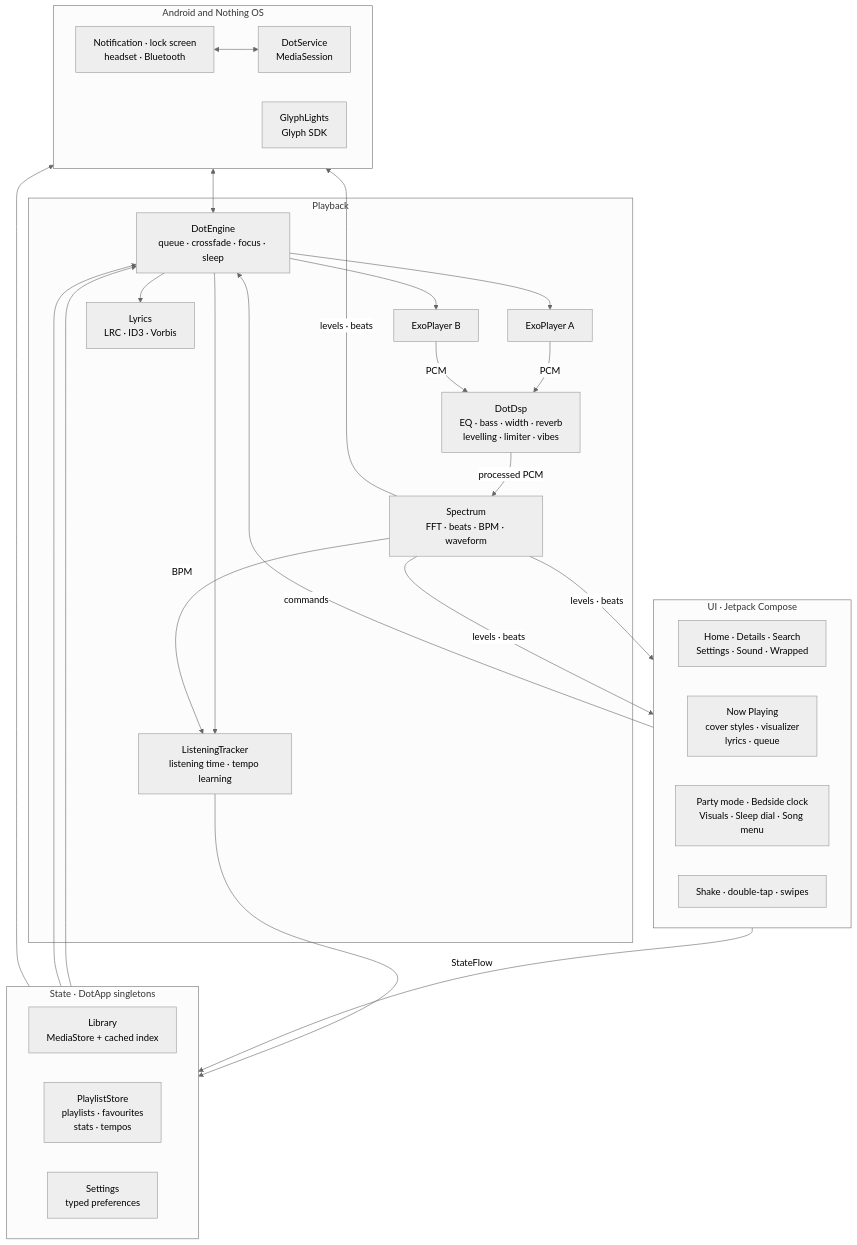
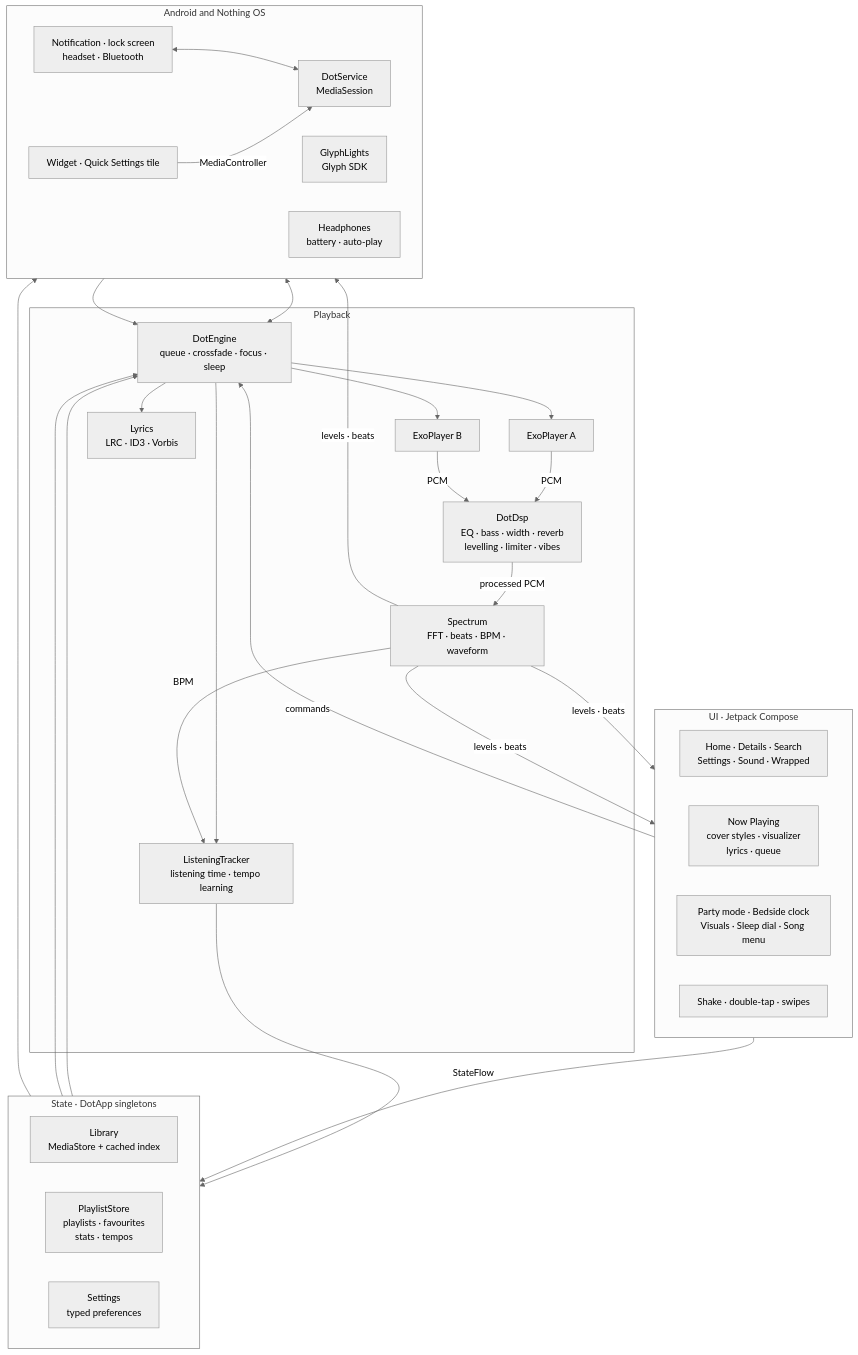
Before and after one commit to ShahadatTest/dot: the first of 6 diagrams in README.md, drawn with Mermaid (neutral theme). The commit also changed other lines of this file, not shown here.

Commit message:
update readme for balance, earphones, beat aligned blends, widget, tile and backup

````diff
--- a/README.md
+++ b/README.md
@@ -165,47 +181,51 @@
 ```mermaid
 flowchart TB
     subgraph UI["UI · Jetpack Compose"]
         direction LR
         Screens["Home · Details · Search<br/>Settings · Sound · Wrapped"]
         NP["Now Playing<br/>cover styles · visualizer<br/>lyrics · queue"]
         Overlays["Party mode · Bedside clock<br/>Visuals · Sleep dial · Song menu"]
         Gestures["Shake · double-tap · swipes"]
     end
 
     subgraph Core["State · DotApp singletons"]
         direction LR
         Library["Library<br/>MediaStore + cached index"]
         Store["PlaylistStore<br/>playlists · favourites<br/>stats · tempos"]
         Prefs["Settings<br/>typed preferences"]
     end
 
     subgraph Playback["Playback"]
         Engine["DotEngine<br/>queue · crossfade · focus · sleep"]
         Tracker["ListeningTracker<br/>listening time · tempo learning"]
         P1["ExoPlayer A"]
         P2["ExoPlayer B"]
         Fx["DotDsp<br/>EQ · bass · width · reverb<br/>levelling · limiter · vibes"]
         Spec["Spectrum<br/>FFT · beats · BPM · waveform"]
         Lyrics["Lyrics<br/>LRC · ID3 · Vorbis"]
     end
 
     subgraph System["Android and Nothing OS"]
         direction LR
         Service["DotService<br/>MediaSession"]
         Glyph["GlyphLights<br/>Glyph SDK"]
         Media["Notification · lock screen<br/>headset · Bluetooth"]
+        Widget["Widget · Quick Settings tile"]
+        Ear["Headphones<br/>battery · auto-play"]
     end
 
     UI -- "StateFlow" --> Core
     UI -- "commands" --> Engine
     Library --> Engine
     Prefs --> Engine & Glyph
     Engine --> P1 & P2
     Engine --> Tracker --> Store
     Engine --> Lyrics
     P1 & P2 -- "PCM" --> Fx -- "processed PCM" --> Spec
     Spec -- "levels · beats" --> NP & Overlays & Glyph
     Spec -- "BPM" --> Tracker
     Service <--> Engine
     Media <--> Service
+    Widget -- "MediaController" --> Service
+    Ear --> Engine
 ```
````
